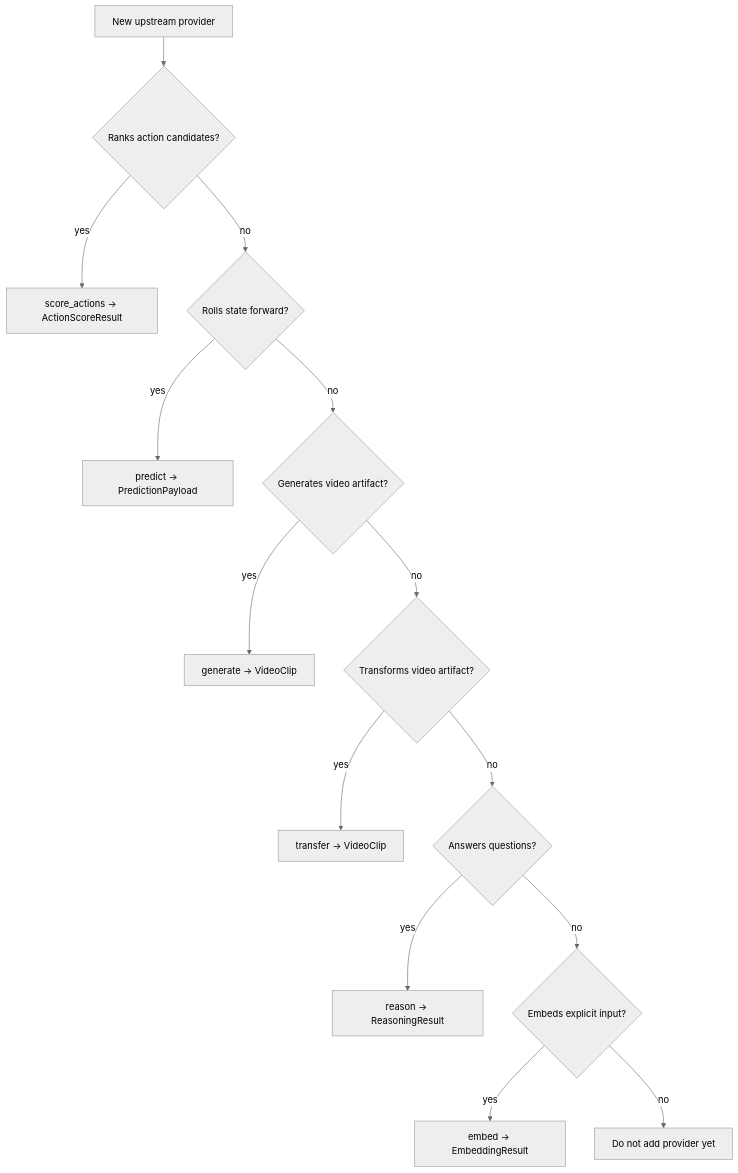
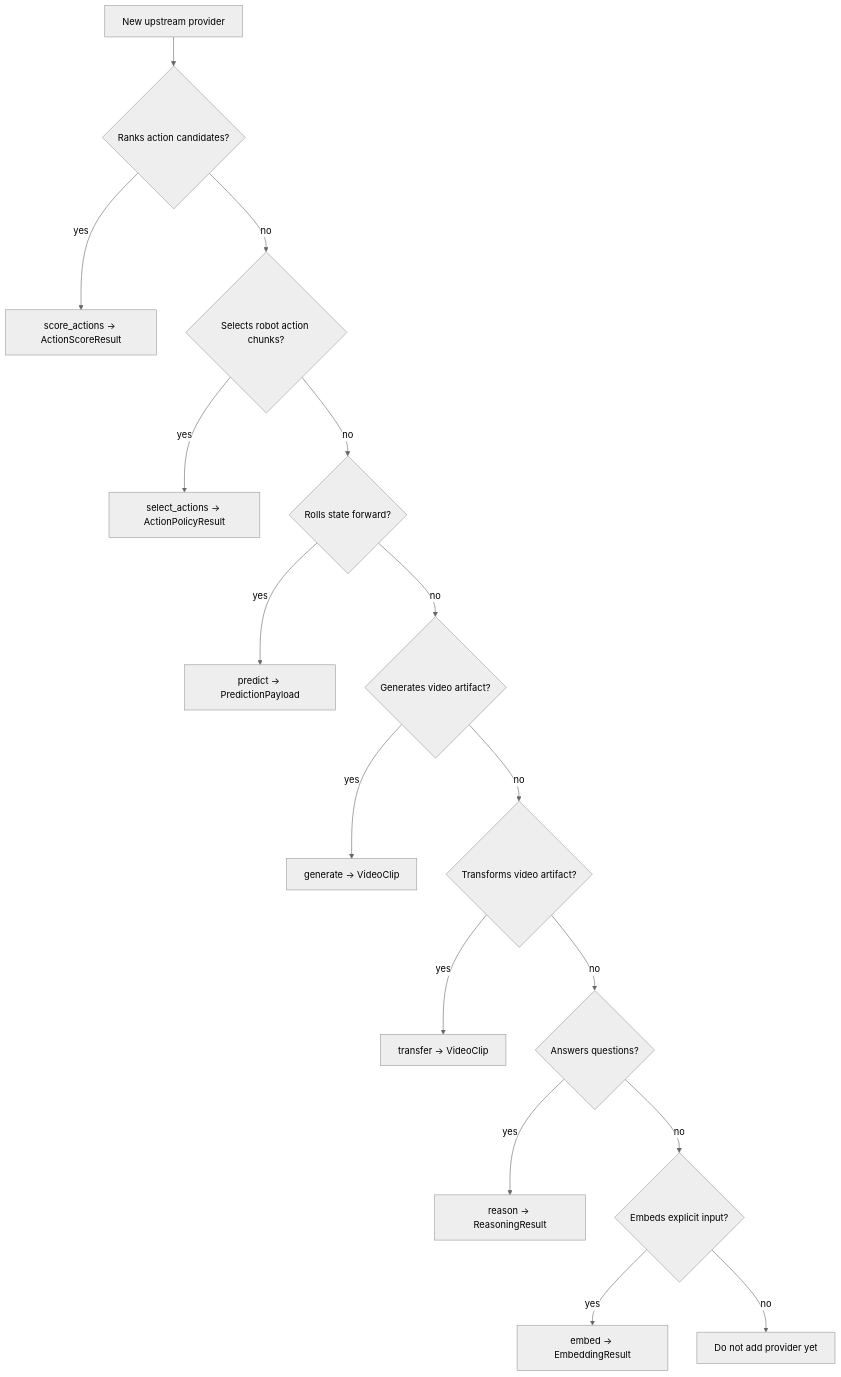
Before and after one commit to omarespejel/worldforge: the diagram in docs/src/provider-authoring-guide.md, drawn with Mermaid (neutral theme). The commit also changed other lines of this file and 23 other files, not shown here.

````diff
--- a/docs/src/provider-authoring-guide.md
+++ b/docs/src/provider-authoring-guide.md
@@ -75,17 +78,19 @@
 ```mermaid
 flowchart TD
     Upstream[New upstream provider]
     Upstream --> Score{Ranks action candidates?}
     Score -- yes --> ScoreApi[score_actions -> ActionScoreResult]
-    Score -- no --> Predict{Rolls state forward?}
+    Score -- no --> Policy{Selects robot action chunks?}
+    Policy -- yes --> PolicyApi[select_actions -> ActionPolicyResult]
+    Policy -- no --> Predict{Rolls state forward?}
     Predict -- yes --> PredictApi[predict -> PredictionPayload]
     Predict -- no --> Generate{Generates video artifact?}
     Generate -- yes --> GenerateApi[generate -> VideoClip]
     Generate -- no --> Transfer{Transforms video artifact?}
     Transfer -- yes --> TransferApi[transfer -> VideoClip]
     Transfer -- no --> Reason{Answers questions?}
     Reason -- yes --> ReasonApi[reason -> ReasoningResult]
     Reason -- no --> Embed{Embeds explicit input?}
     Embed -- yes --> EmbedApi[embed -> EmbeddingResult]
     Embed -- no --> NoProvider[Do not add provider yet]
 ```
````
